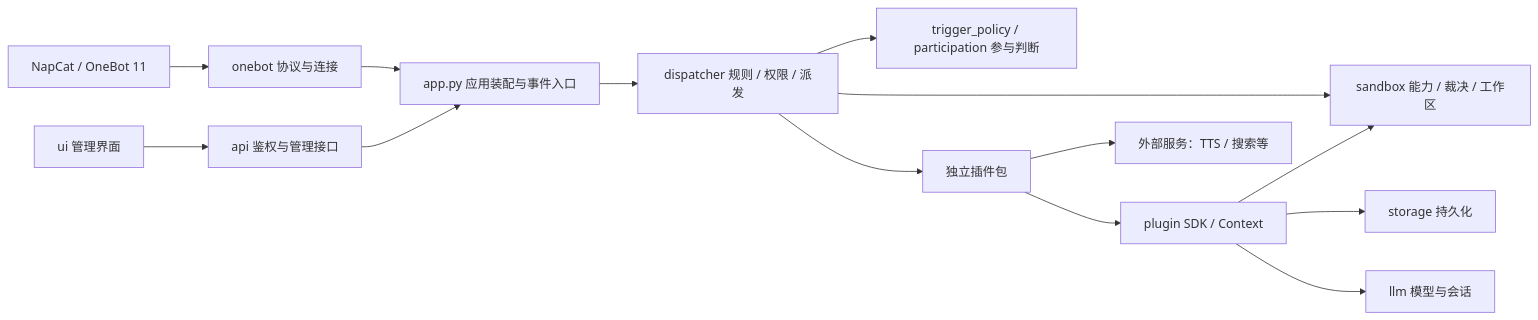
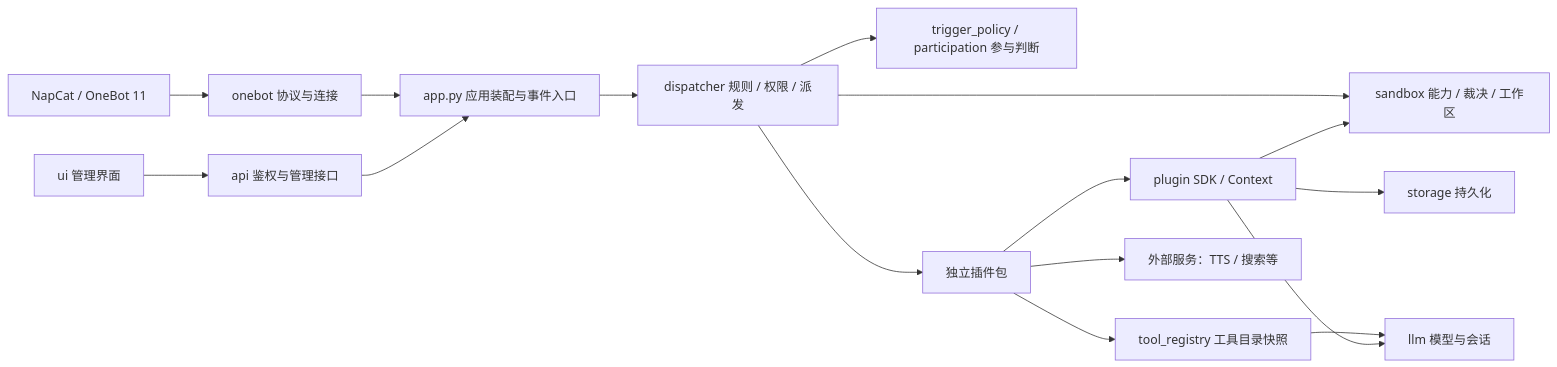
The diagram in docs/architecture.md (ChiYuKe/FLLBot), drawn with Mermaid before and after one commit. The commit also changed other lines of this file and 3 other files, not shown here.

````diff
--- a/docs/architecture.md
+++ b/docs/architecture.md
@@ -5,16 +5,18 @@
 ```mermaid
 flowchart LR
     QQ[NapCat / OneBot 11] --> Protocol[onebot 协议与连接]
     Protocol --> App[app.py 应用装配与事件入口]
     App --> Dispatcher[dispatcher 规则 / 权限 / 派发]
     Dispatcher --> Triggers[trigger_policy / participation 参与判断]
     Dispatcher --> Sandbox[sandbox 能力 / 裁决 / 工作区]
     Dispatcher --> Packages[独立插件包]
     Packages --> SDK[plugin SDK / Context]
+    Packages --> Registry[tool_registry 工具目录快照]
+    Registry --> LLM[llm 模型与会话]
     SDK --> Storage[storage 持久化]
-    SDK --> LLM[llm 模型与会话]
+    SDK --> LLM
     SDK --> Sandbox
     UI[ui 管理界面] --> API[api 鉴权与管理接口]
     API --> App
     Packages --> Services[外部服务：TTS / 搜索等]
 ```
````
